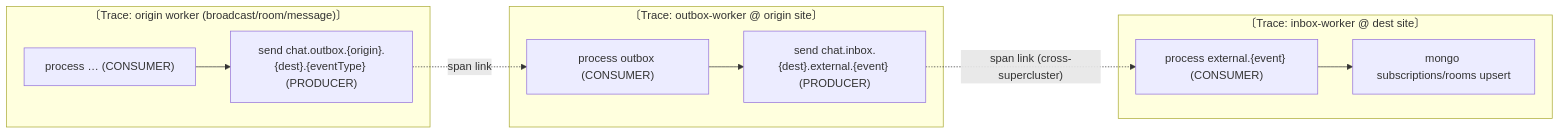
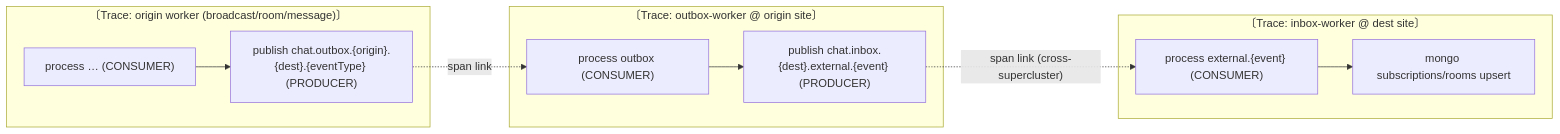
One commit to hmchangw/newchat changed the fourth of 5 diagrams in docs/specs/o11y/o11y-trace-design.md. Above: the diagram before and after it, drawn with Mermaid. The commit also changed other lines of this file and 53 other files, not shown here.

````diff
--- a/docs/specs/o11y/o11y-trace-design.md
+++ b/docs/specs/o11y/o11y-trace-design.md
@@ -269,20 +290,20 @@
 ```mermaid
 flowchart LR
     subgraph TOrigin["〔Trace: origin worker (broadcast/room/message)〕"]
       Op["process … (CONSUMER)"]
-      Osend["send chat.outbox.{origin}.{dest}.{eventType} (PRODUCER)"]
+      Osend["publish chat.outbox.{origin}.{dest}.{eventType} (PRODUCER)"]
       Op --> Osend
     end
     subgraph TRelay["〔Trace: outbox-worker @ origin site〕"]
       Rp["process outbox (CONSUMER)"]
-      Rsend["send chat.inbox.{dest}.external.{event} (PRODUCER)"]
+      Rsend["publish chat.inbox.{dest}.external.{event} (PRODUCER)"]
       Rp --> Rsend
     end
     subgraph TDest["〔Trace: inbox-worker @ dest site〕"]
       Dp["process external.{event} (CONSUMER)"]
       Dmongo["mongo subscriptions/rooms upsert"]
       Dp --> Dmongo
     end
     Osend -. "span link" .-> Rp
     Rsend -. "span link (cross-supercluster)" .-> Dp
 ```
````
